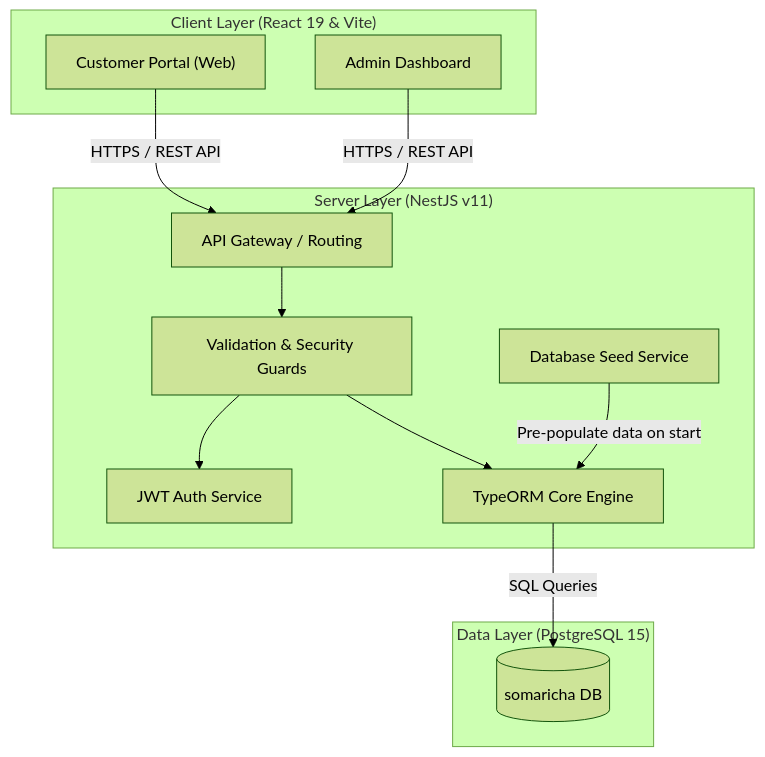
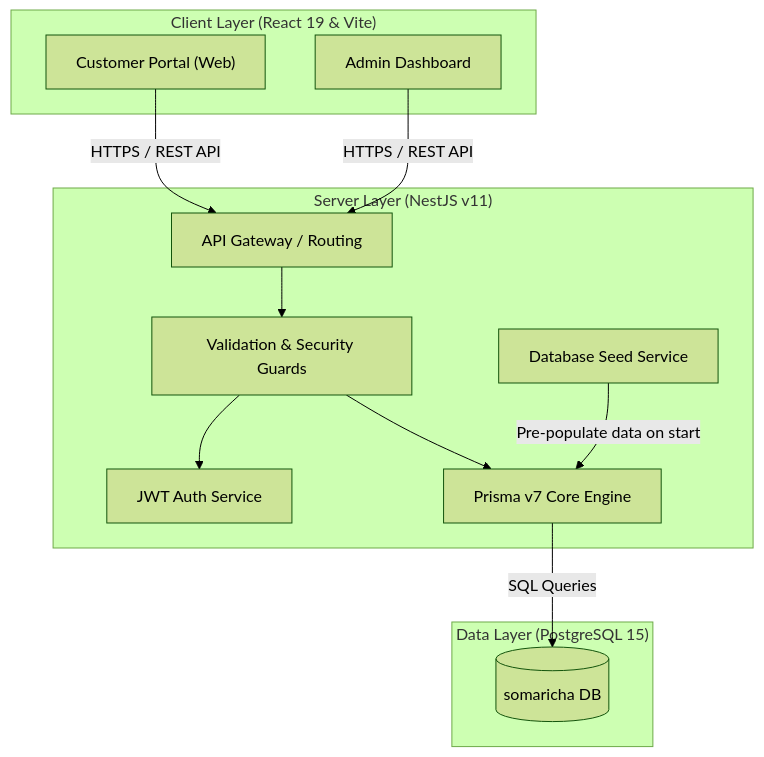
One commit to project-storage/somaricha changed the diagram in README.md. Above: the diagram before and after it, drawn with Mermaid (forest theme). The commit also changed other lines of this file and 43 other files, not shown here.

First line of the commit message:
refactor: migrate from TypeORM to Prisma for database interactions

````diff
--- a/README.md
+++ b/README.md
@@ -14,28 +14,28 @@
 ```mermaid
 graph TD
     subgraph Client ["Client Layer (React 19 & Vite)"]
         A["Customer Portal (Web)"]
         B["Admin Dashboard"]
     end
 
     subgraph Server ["Server Layer (NestJS v11)"]
         C["API Gateway / Routing"]
         D["Validation & Security Guards"]
         E["JWT Auth Service"]
         F["Database Seed Service"]
-        G["TypeORM Core Engine"]
+        G["Prisma v7 Core Engine"]
     end
 
     subgraph Database ["Data Layer (PostgreSQL 15)"]
         H[("somaricha DB")]
     end
 
     %% Interactions
     A -->|"HTTPS / REST API"| C
     B -->|"HTTPS / REST API"| C
     C --> D
     D --> E
     D --> G
     F -->|"Pre-populate data on start"| G
     G -->|"SQL Queries"| H
 ```
````
